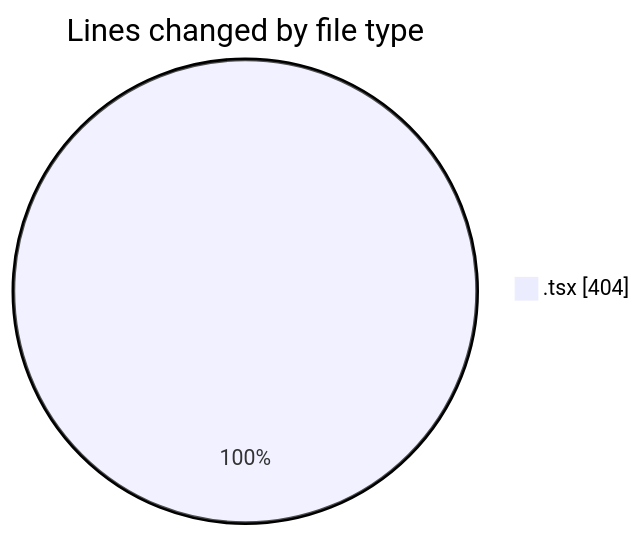
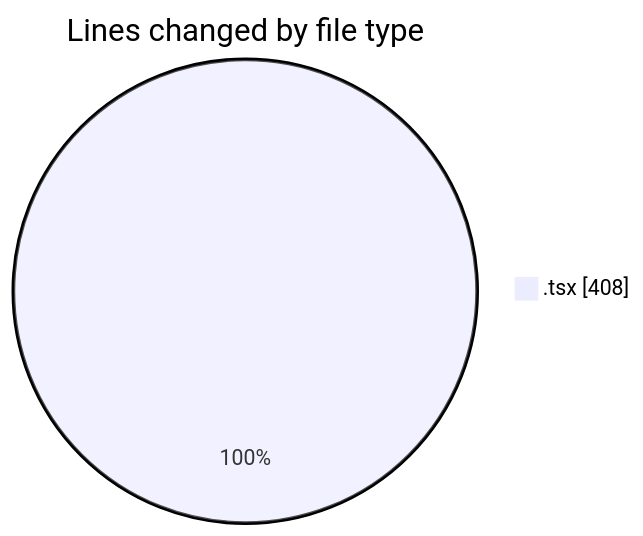
One commit to julien-gomy/code-tracking changed the first of 2 diagrams in 2025-10-11/eventscop-frontend-guide__workspace_/README.md. Above: the diagram before and after it, drawn with Mermaid. The commit also changed other lines of this file and 1 other file, not shown here.

````diff
--- a/2025-10-11/eventscop-frontend-guide__workspace_/README.md
+++ b/2025-10-11/eventscop-frontend-guide__workspace_/README.md
@@ -20,5 +20,5 @@
 ```mermaid
 pie showData
 title Lines changed by file type
-".tsx" : 404
+".tsx" : 408
 ```
````
